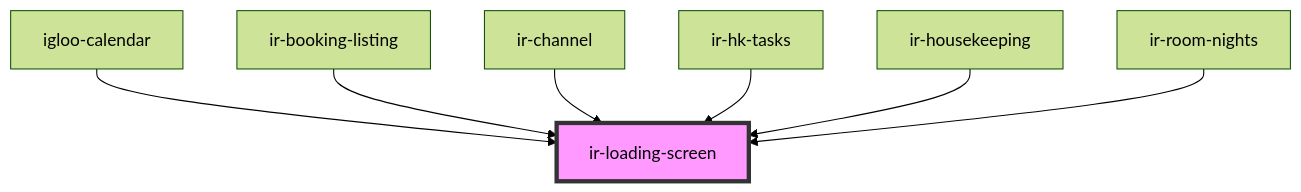
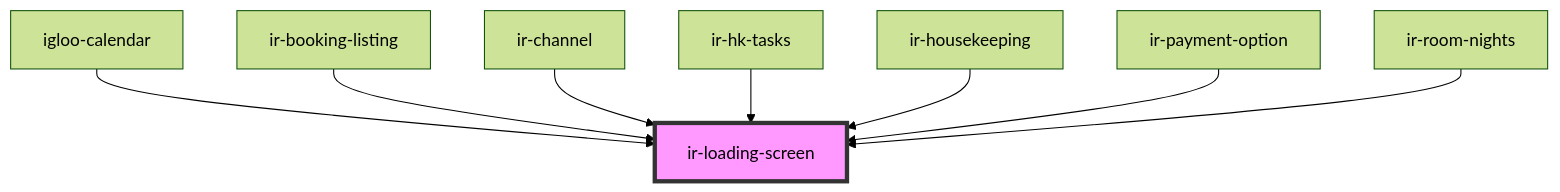
The diagram in src/components/ir-loading-screen/readme.md (David1Chowaifaty/modified-ir-webcmp), drawn with Mermaid (forest theme) before and after one commit. The commit also changed other lines of this file and 41 other files, not shown here.

Commit message:
finished the the listing header and payment option

````diff
--- a/src/components/ir-loading-screen/readme.md
+++ b/src/components/ir-loading-screen/readme.md
@@ -27,10 +28,11 @@
 ```mermaid
 graph TD;
   igloo-calendar --> ir-loading-screen
   ir-booking-listing --> ir-loading-screen
   ir-channel --> ir-loading-screen
   ir-hk-tasks --> ir-loading-screen
   ir-housekeeping --> ir-loading-screen
+  ir-payment-option --> ir-loading-screen
   ir-room-nights --> ir-loading-screen
   style ir-loading-screen fill:#f9f,stroke:#333,stroke-width:4px
 ```
````
